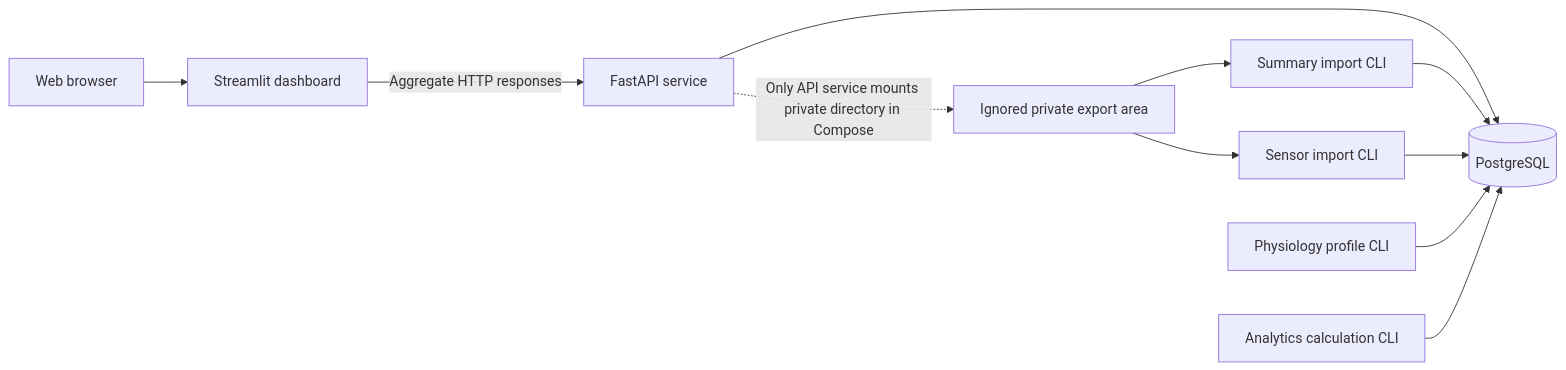
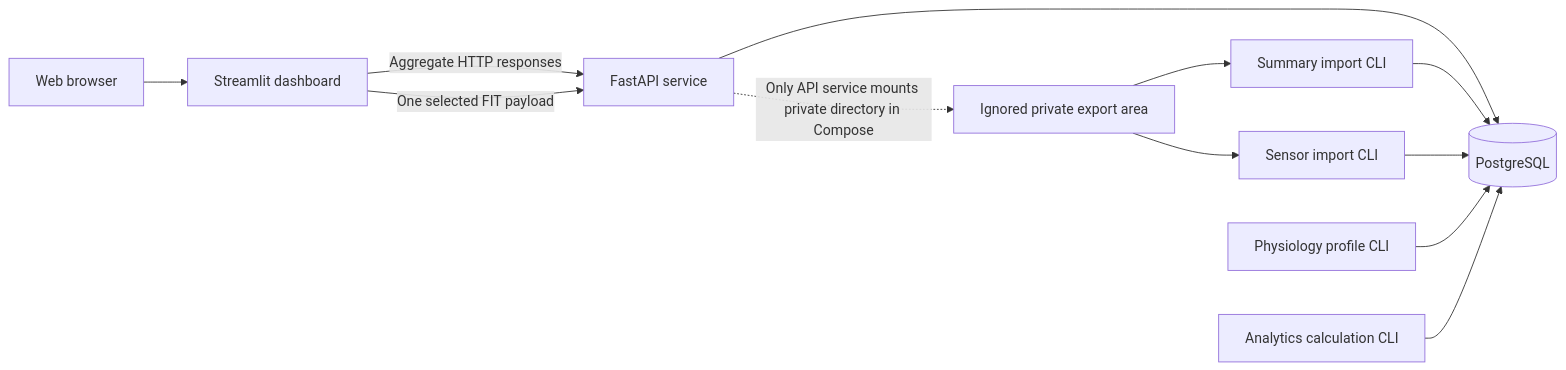
One commit to saadBr/runcoach-ai changed the second of 9 diagrams in docs/architecture.md. Above: the diagram before and after it, drawn with Mermaid. The commit also changed other lines of this file and 28 other files, not shown here.

````diff
--- a/docs/architecture.md
+++ b/docs/architecture.md
@@ -131,16 +137,17 @@
 ```mermaid
 flowchart LR
     Browser["Web browser"] --> Dashboard["Streamlit dashboard"]
     Dashboard -->|"Aggregate HTTP responses"| API["FastAPI service"]
+    Dashboard -->|"One selected FIT payload"| API
     API --> DB[("PostgreSQL")]
 
     Private["Ignored private export area"] --> SummaryCLI["Summary import CLI"]
     Private --> SensorCLI["Sensor import CLI"]
     SummaryCLI --> DB
     SensorCLI --> DB
 
     ProfileCLI["Physiology profile CLI"] --> DB
     AnalyticsCLI["Analytics calculation CLI"] --> DB
 
     API -. "Only API service mounts private directory in Compose" .-> Private
 ```
````
